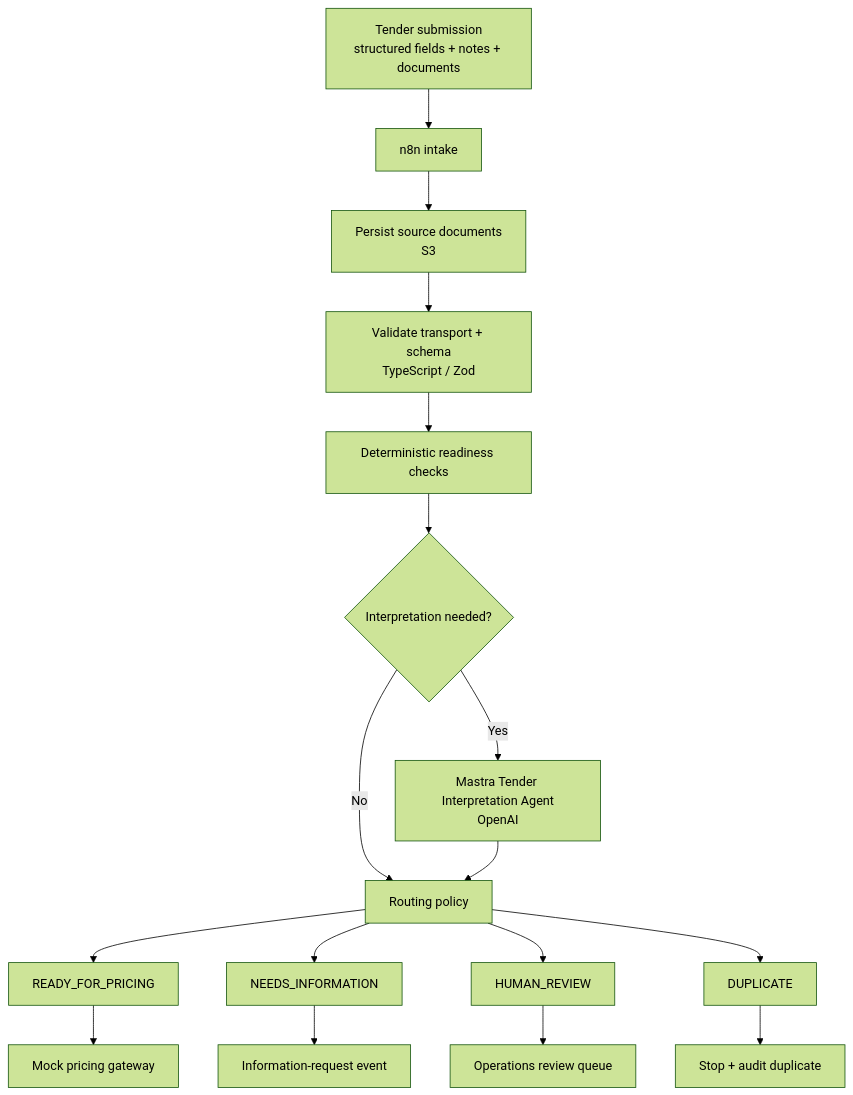
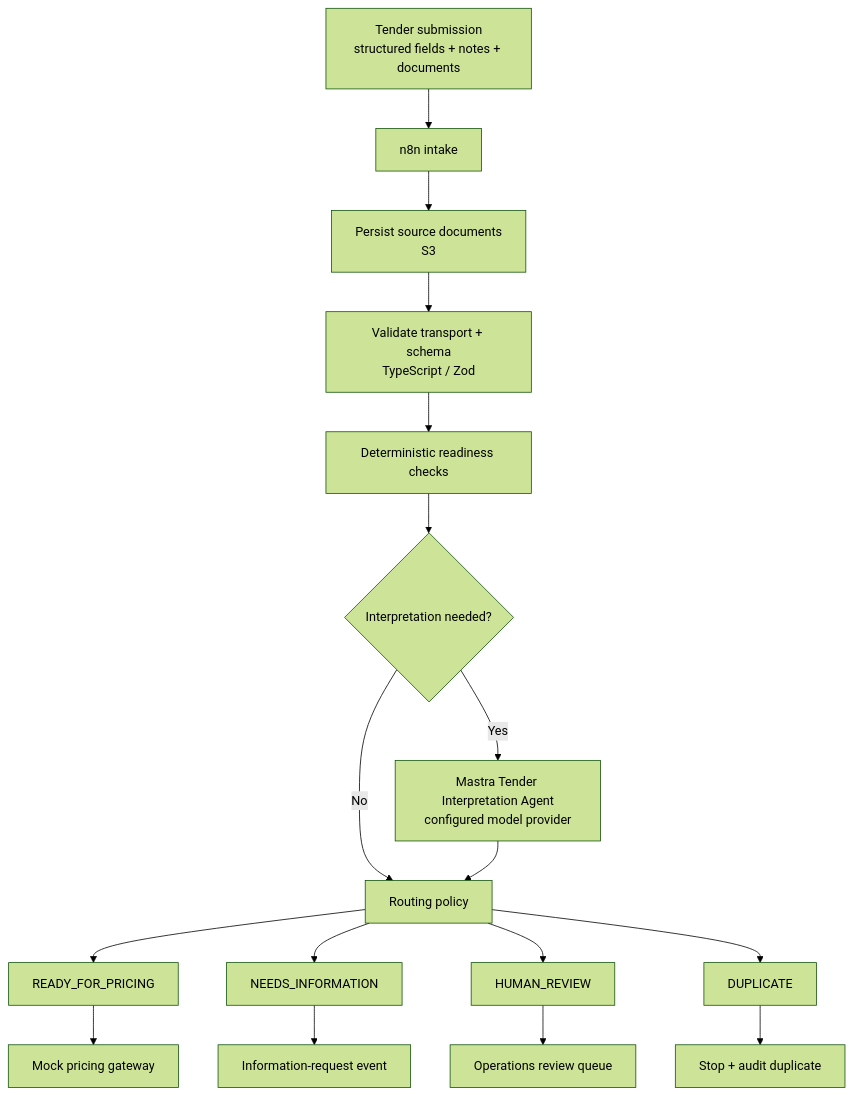
One commit to MichaelJLow/tem-tender-readiness-engine changed the diagram in docs/architecture.md. Above: the diagram before and after it, drawn with Mermaid (forest theme). The commit also changed other lines of this file and 26 other files, not shown here.

Commit message:
feat: add bounded Mastra tender interpretation

````diff
--- a/docs/architecture.md
+++ b/docs/architecture.md
@@ -16,19 +16,19 @@
 ```mermaid
 flowchart TD
     A["Tender submission<br/>structured fields + notes + documents"] --> B["n8n intake"]
     B --> C["Persist source documents<br/>S3"]
     C --> D["Validate transport + schema<br/>TypeScript / Zod"]
     D --> E["Deterministic readiness checks"]
     E --> F{"Interpretation needed?"}
     F -->|No| H["Routing policy"]
-    F -->|Yes| G["Mastra Tender Interpretation Agent<br/>OpenAI"]
+    F -->|Yes| G["Mastra Tender Interpretation Agent<br/>configured model provider"]
     G --> H
     H --> I["READY_FOR_PRICING"]
     H --> J["NEEDS_INFORMATION"]
     H --> K["HUMAN_REVIEW"]
     H --> L["DUPLICATE"]
     I --> M["Mock pricing gateway"]
     J --> N["Information-request event"]
     K --> O["Operations review queue"]
     L --> P["Stop + audit duplicate"]
 ```
````
